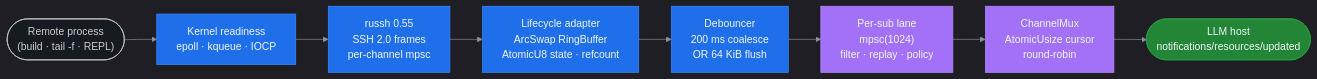
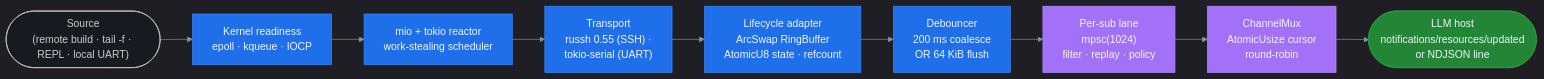
Before and after one commit to farchanjo/ssh-mcp: the first of 2 diagrams in README.md, drawn with Mermaid. The commit also changed other lines of this file and 5 other files, not shown here.

````diff
--- a/README.md
+++ b/README.md
@@ -121,21 +121,22 @@
 ```mermaid
 %%{init: {'theme':'dark','themeVariables':{'primaryColor':'#1f6feb','primaryTextColor':'#f0f6fc','primaryBorderColor':'#388bfd','lineColor':'#8b949e','background':'#0d1117','mainBkg':'#161b22','clusterBkg':'#161b22','clusterBorder':'#30363d'}}}%%
 flowchart LR
-    REM(["Remote process<br/>(build · tail -f · REPL)"])
+    REM(["Source<br/>(remote build · tail -f · REPL · local UART)"])
     KER["Kernel readiness<br/>epoll · kqueue · IOCP"]
-    RUSSH["russh 0.55<br/>SSH 2.0 frames<br/>per-channel mpsc"]
+    MIO["mio + tokio reactor<br/>work-stealing scheduler"]
+    SRC["Transport<br/>russh 0.55 (SSH) ·<br/>tokio-serial (UART)"]
     LIFE["Lifecycle adapter<br/>ArcSwap RingBuffer<br/>AtomicU8 state · refcount"]
     DEB["Debouncer<br/>200 ms coalesce<br/>OR 64 KiB flush"]
     LANE["Per-sub lane<br/>mpsc(1024)<br/>filter · replay · policy"]
     MUX["ChannelMux<br/>AtomicUsize cursor<br/>round-robin"]
-    OUT(["LLM host<br/>notifications/resources/updated"])
+    OUT(["LLM host<br/>notifications/resources/updated<br/>or NDJSON line"])
 
-    REM --> KER --> RUSSH --> LIFE --> DEB --> LANE --> MUX --> OUT
+    REM --> KER --> MIO --> SRC --> LIFE --> DEB --> LANE --> MUX --> OUT
 
     classDef rt fill:#1f6feb,color:#f0f6fc,stroke:#388bfd
     classDef mux fill:#a371f7,color:#f0f6fc,stroke:#bc8cff
     classDef host fill:#238636,color:#f0f6fc,stroke:#2ea043
-    class KER,RUSSH,LIFE,DEB rt
+    class KER,MIO,SRC,LIFE,DEB rt
     class LANE,MUX mux
     class OUT host
 ```
````
